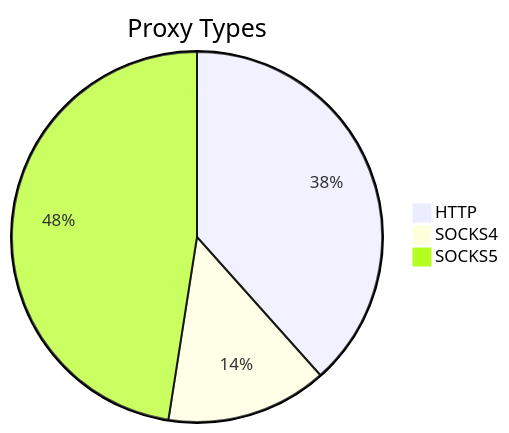
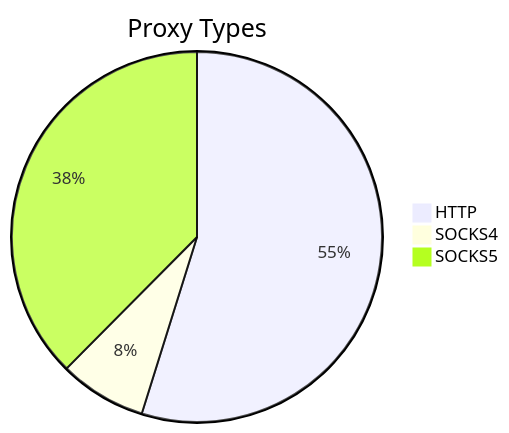
The first of 2 diagrams in README.md (stormsia/proxy-list), drawn with Mermaid before and after one commit. The commit also changed other lines of this file, not shown here.

````diff
--- a/README.md
+++ b/README.md
@@ -21,6 +21,6 @@
 ```mermaid
 pie title Proxy Types
-    "HTTP" : 101
-    "SOCKS4" : 37
-    "SOCKS5" : 125
+    "HTTP" : 108
+    "SOCKS4" : 15
+    "SOCKS5" : 74
 ```
````
